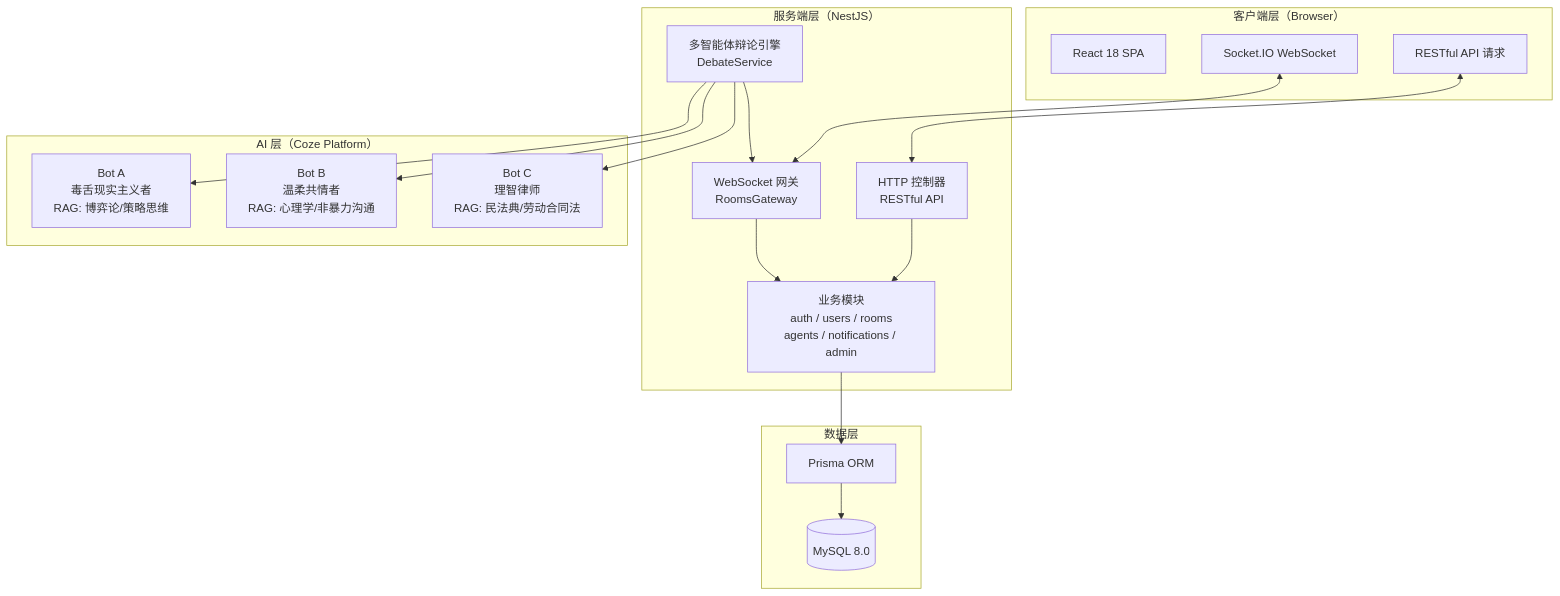
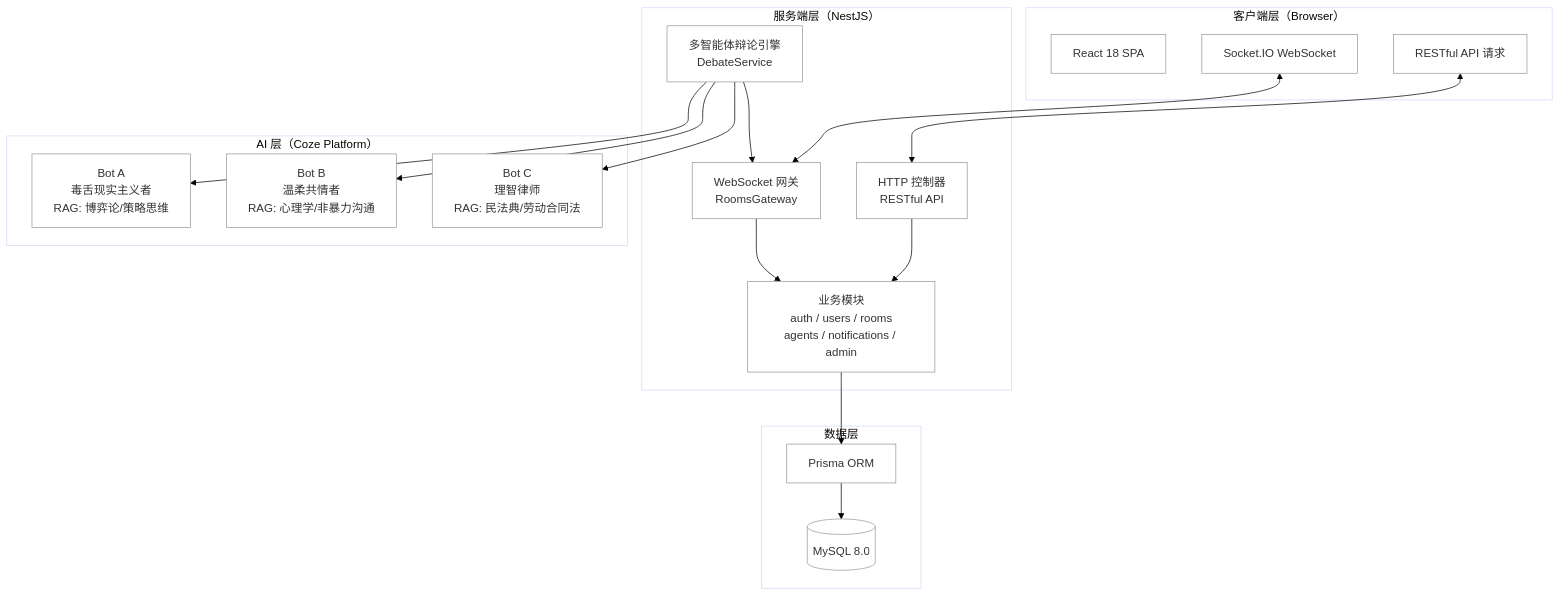
The fourth of 19 diagrams in docs/毕设图表.md (huangkaihao666/graduate-design), drawn with Mermaid before and after one commit. The commit also changed other lines of this file, not shown here.

Commit message:
docs: 添加毕设图表40%

````diff
--- a/docs/毕设图表.md
+++ b/docs/毕设图表.md
@@ -255,37 +255,38 @@
 ```mermaid
+%%{init:{'theme':'base','themeVariables':{'background':'#ffffff','mainBkg':'#ffffff','clusterBkg':'#ffffff','nodeBorder':'#999999','edgeLabelBackground':'#ffffff'}}}%%
 graph TB
     subgraph 客户端层["客户端层（Browser）"]
         A[React 18 SPA]
         A1[RESTful API 请求]
         A2[Socket.IO WebSocket]
     end
 
     subgraph 服务端层["服务端层（NestJS）"]
         B[HTTP 控制器<br/>RESTful API]
         C[WebSocket 网关<br/>RoomsGateway]
         D[多智能体辩论引擎<br/>DebateService]
         E[业务模块<br/>auth / users / rooms<br/>agents / notifications / admin]
     end
 
     subgraph AI层["AI 层（Coze Platform）"]
         F[Bot A<br/>毒舌现实主义者<br/>RAG: 博弈论/策略思维]
         G[Bot B<br/>温柔共情者<br/>RAG: 心理学/非暴力沟通]
         H[Bot C<br/>理智律师<br/>RAG: 民法典/劳动合同法]
     end
 
     subgraph 数据层["数据层"]
         I[(MySQL 8.0)]
         J[Prisma ORM]
     end
 
     A1 <--> B
     A2 <--> C
     B --> E
     C --> E
     D --> F
     D --> G
     D --> H
     E --> J
     J --> I
     D --> C
 ```
````
